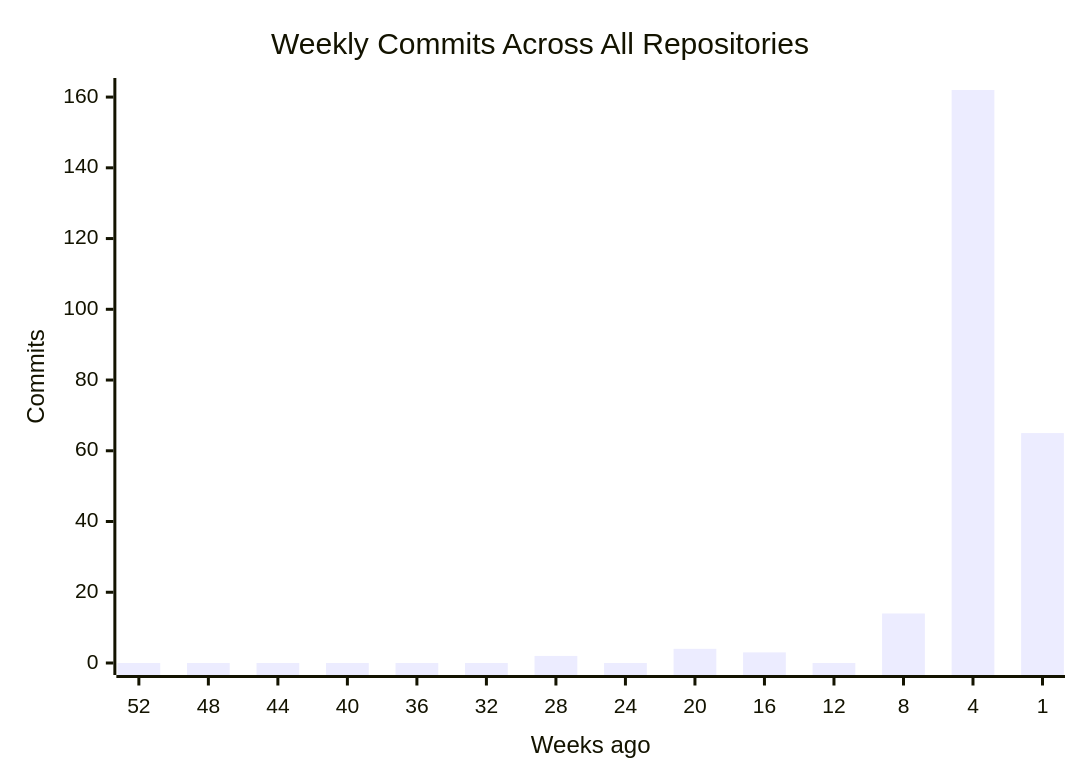
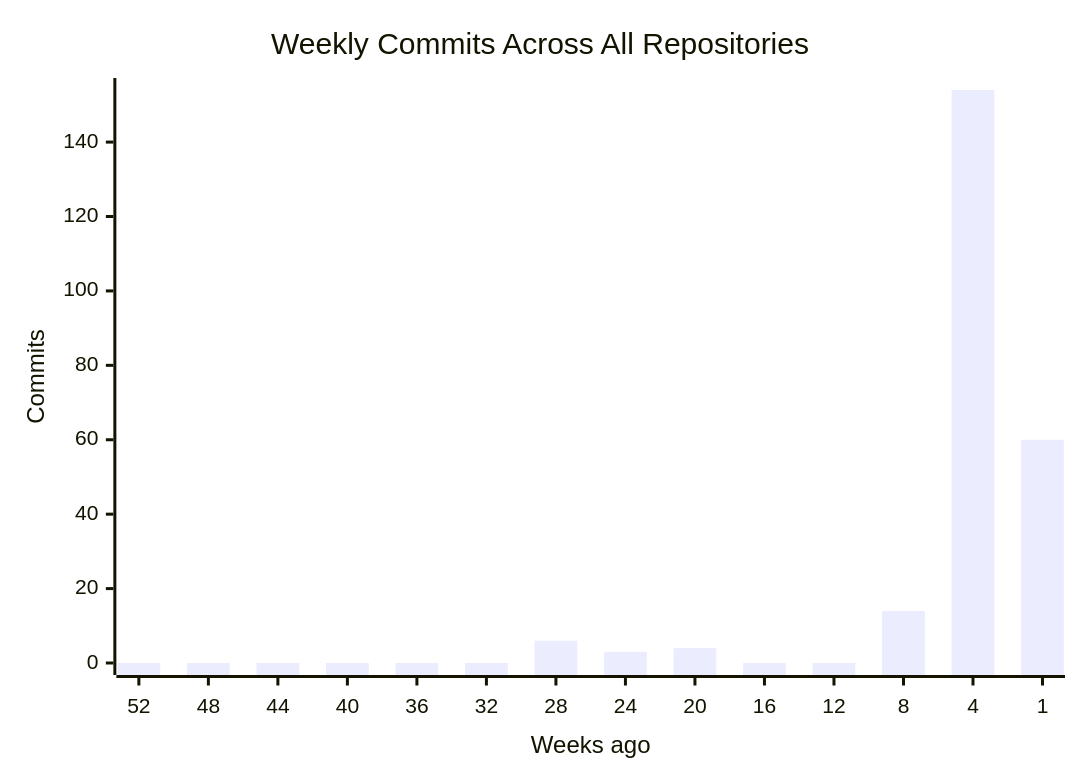
The first of 4 diagrams in profile/README.md (CSTH-Projects/.github), drawn with Mermaid before and after one commit. The commit also changed other lines of this file, not shown here.

````diff
--- a/profile/README.md
+++ b/profile/README.md
@@ -16,7 +16,7 @@
 ```mermaid
 xychart-beta
     title "Weekly Commits Across All Repositories"
     x-axis "Weeks ago" [52, 48, 44, 40, 36, 32, 28, 24, 20, 16, 12, 8, 4, 1]
     y-axis "Commits"
-    bar [0, 0, 0, 0, 0, 0, 2, 0, 4, 3, 0, 14, 162, 65]
+    bar [0, 0, 0, 0, 0, 0, 6, 3, 4, 0, 0, 14, 154, 60]
 ```
````
